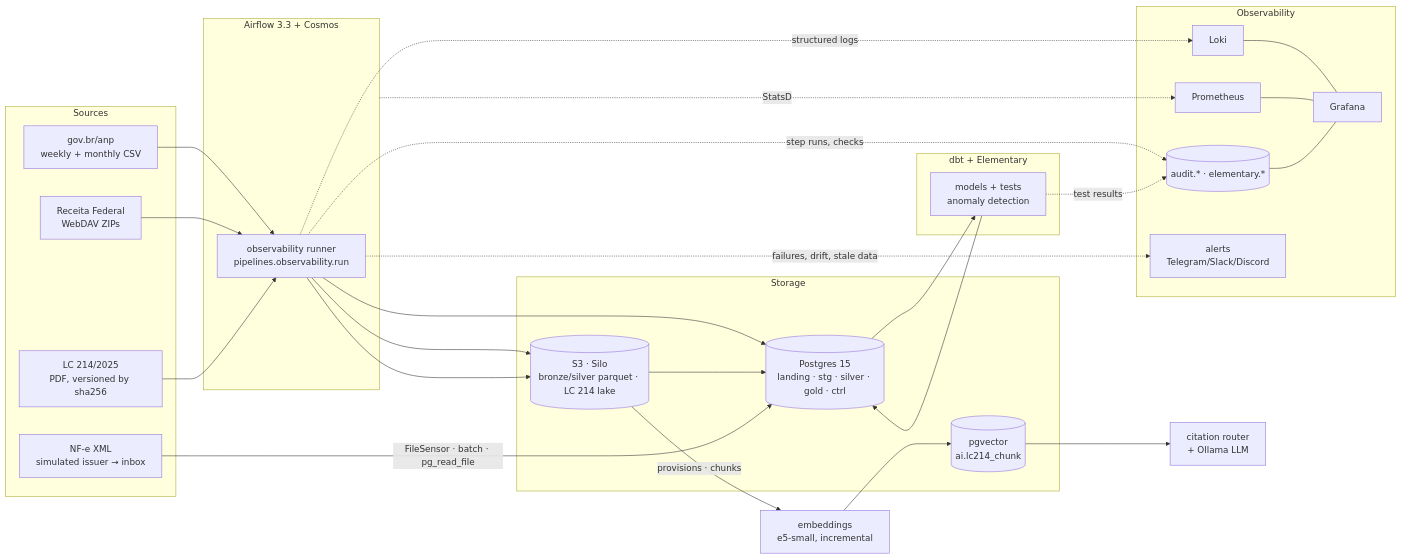
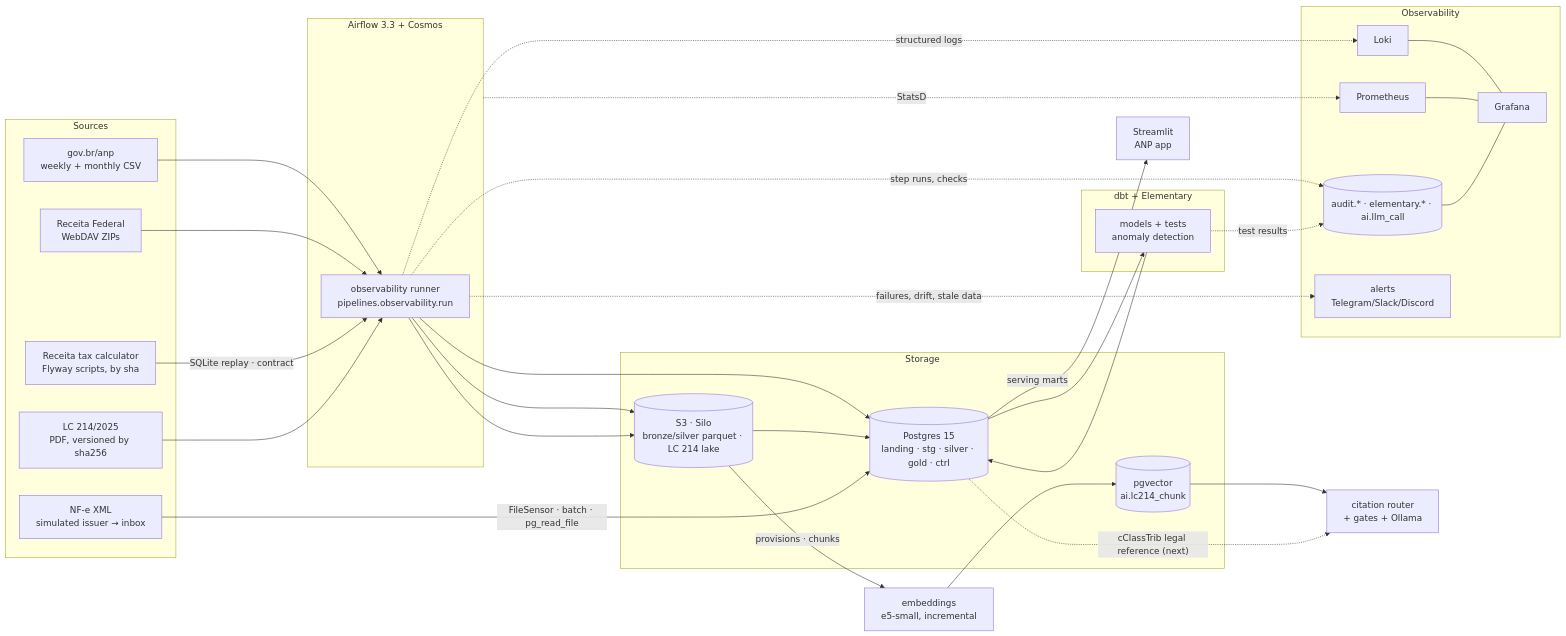
The diagram in README.md (engrodrigoa/datalabs), drawn with Mermaid before and after one commit. The commit also changed other lines of this file, not shown here.

First line of the commit message:
docs(readme): four products in three lanes, a step-by-step how to run

````diff
--- a/README.md
+++ b/README.md
@@ -38,42 +192,46 @@
 ```mermaid
 flowchart LR
   subgraph Sources
     ANP[gov.br/anp<br/>weekly + monthly CSV]
     RFB[Receita Federal<br/>WebDAV ZIPs]
     NFE[NF-e XML<br/>simulated issuer → inbox]
     LAW[LC 214/2025<br/>PDF, versioned by sha256]
+    RTC[Receita tax calculator<br/>Flyway scripts, by sha]
   end
 
   subgraph Orchestration[Airflow 3.3 + Cosmos]
     RUN[observability runner<br/>pipelines.observability.run]
   end
 
   subgraph Storage
     MINIO[(S3 · Silo<br/>bronze/silver parquet · LC 214 lake)]
     PG[(Postgres 15<br/>landing · stg · silver · gold · ctrl)]
     VEC[(pgvector<br/>ai.lc214_chunk)]
   end
 
   subgraph Transform[dbt + Elementary]
     DBT[models + tests<br/>anomaly detection]
   end
 
   ANP --> RUN --> PG
   RFB --> RUN --> MINIO --> PG
   NFE -- FileSensor · batch · pg_read_file --> PG
+  RTC -- SQLite replay · contract --> RUN
   PG --> DBT --> PG
-  LAW --> RUN --> MINIO -- provisions · chunks --> EMB[embeddings<br/>e5-small, incremental] --> VEC --> RAG[citation router<br/>+ Ollama LLM]
+  PG -- serving marts --> APP[Streamlit<br/>ANP app]
+  LAW --> RUN --> MINIO -- provisions · chunks --> EMB[embeddings<br/>e5-small, incremental] --> VEC --> RAG[citation router<br/>+ gates + Ollama]
+  PG -.->|"cClassTrib legal reference (next)"| RAG
 
   subgraph Observability
     LOKI[Loki] --- GRAF[Grafana]
     PROM[Prometheus] --- GRAF
-    AUD[(audit.* · elementary.*)] --- GRAF
+    AUD[(audit.* · elementary.* · ai.llm_call)] --- GRAF
     ALERT[alerts<br/>Telegram/Slack/Discord]
   end
 
   RUN -. structured logs .-> LOKI
   Orchestration -. StatsD .-> PROM
   RUN -. step runs, checks .-> AUD
   DBT -. test results .-> AUD
   RUN -. failures, drift, stale data .-> ALERT
 ```
````
